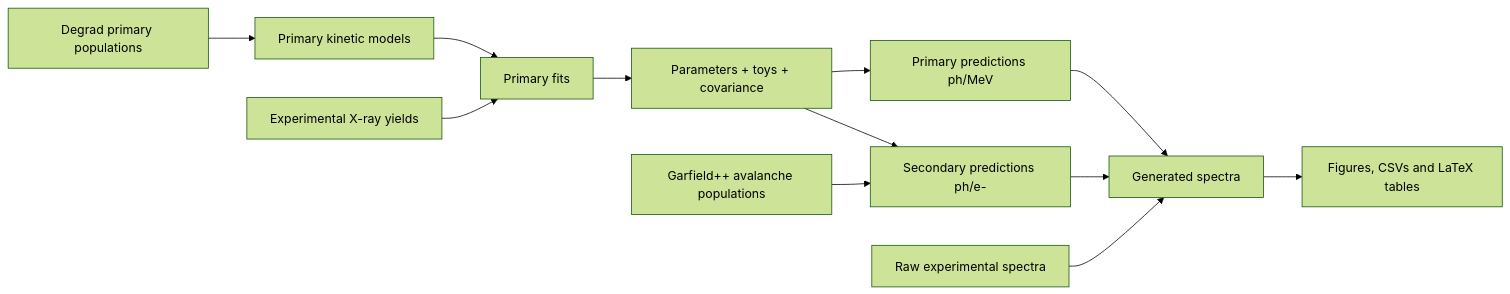
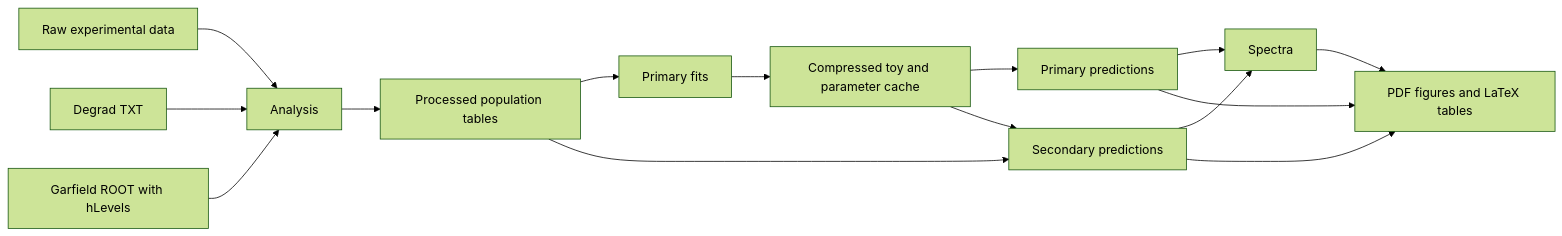
Before and after one commit to Gas-Detectour-Group-Santiago/ScintillationModel_RareGasMixtures: the diagram in README.md, drawn with Mermaid (forest theme). The commit also changed other lines of this file and 10495 other files, not shown here.

````diff
--- a/README.md
+++ b/README.md
@@ -21,14 +147,17 @@
 ```mermaid
 flowchart LR
-    A[Degrad primary populations] --> B[Primary kinetic models]
-    C[Experimental X-ray yields] --> D[Primary fits]
-    B --> D
-    D --> E[Parameters + toys + covariance]
-    E --> F[Primary predictions ph/MeV]
-    G[Garfield++ avalanche populations] --> H[Secondary predictions ph/e-]
-    E --> H
-    F --> I[Generated spectra]
-    H --> I
-    J[Raw experimental spectra] --> I
-    I --> K[Figures, CSVs and LaTeX tables]
+    A[Raw experimental data] --> D[Analysis]
+    B[Degrad TXT] --> D
+    C[Garfield ROOT with hLevels] --> D
+    D --> E[Processed population tables]
+    E --> F[Primary fits]
+    F --> G[Compressed toy and parameter cache]
+    G --> H[Primary predictions]
+    E --> I[Secondary predictions]
+    G --> I
+    H --> J[Spectra]
+    I --> J
+    H --> K[PDF figures and LaTeX tables]
+    I --> K
+    J --> K
 ```
````
